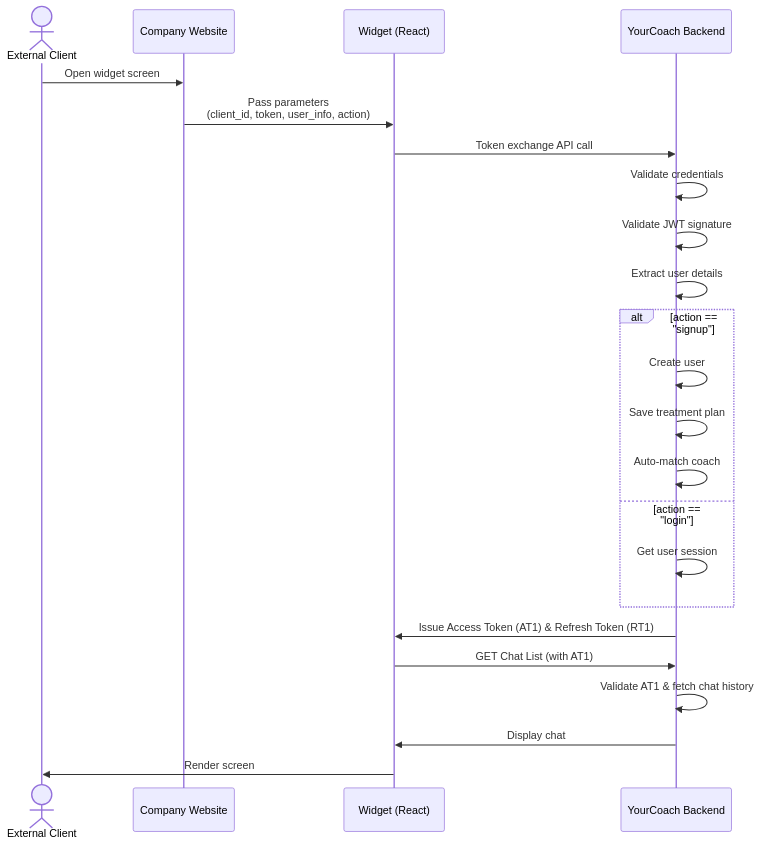
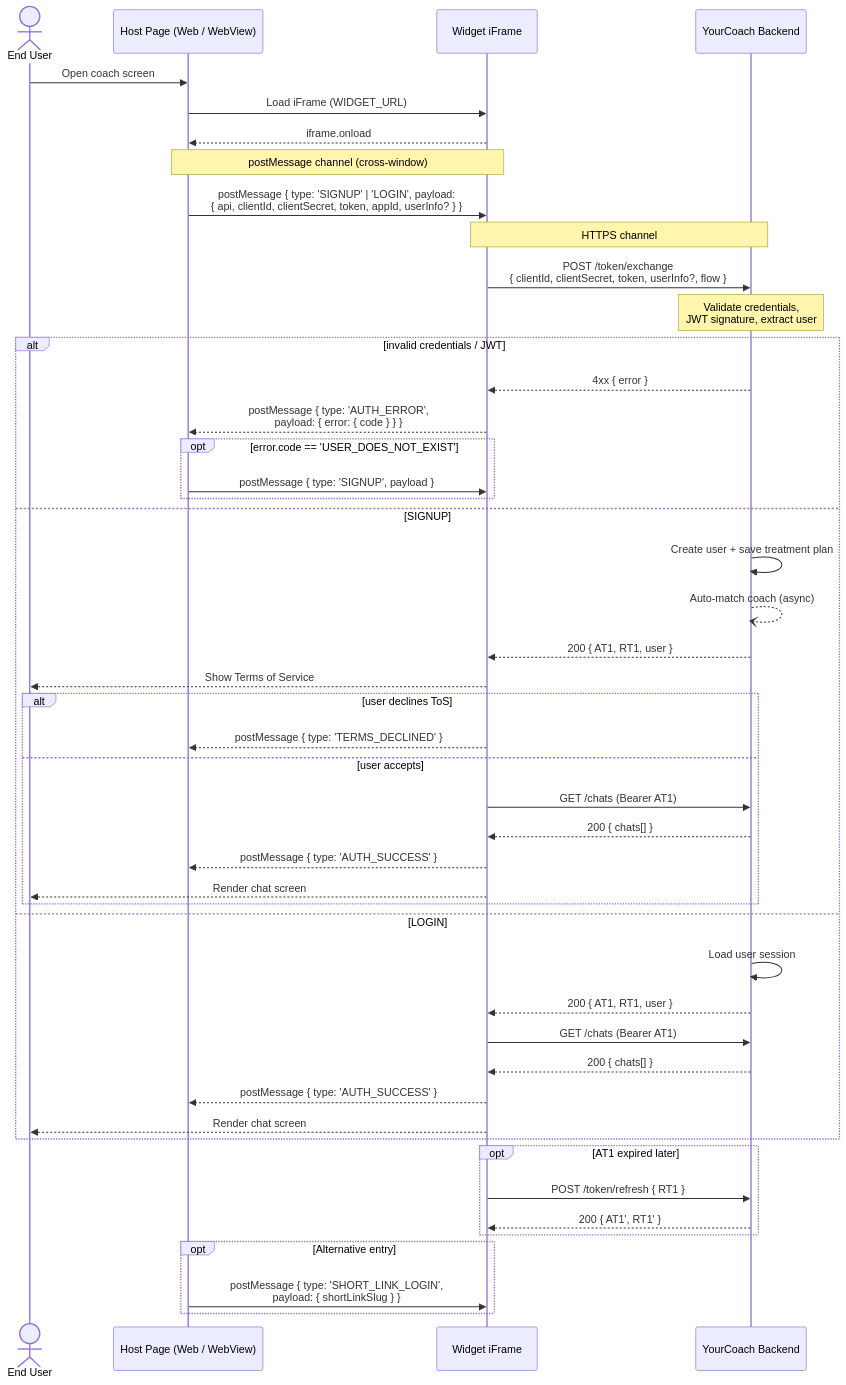
Before and after one commit to yourcoach/docs: the diagram in architecture/sequence-flow.mdx, drawn with Mermaid.

Commit message:
feat: update sequence flow diagram

````diff
--- a/architecture/sequence-flow.mdx
+++ b/architecture/sequence-flow.mdx
@@ -12,29 +12,57 @@
 ```mermaid
 sequenceDiagram
-    actor Client as External Client
-    participant Web as Company Website
-    participant Widget as Widget (React)
+    actor User as End User
+    participant Host as Host Page (Web / WebView)
+    participant Widget as Widget iFrame
     participant Backend as YourCoach Backend
 
-    Client->>Web: Open widget screen
-    Web->>Widget: Pass parameters<br/>(client_id, token, user_info, action)
-    Widget->>Backend: Token exchange API call
+    User->>Host: Open coach screen
+    Host->>Widget: Load iFrame (WIDGET_URL)
+    Widget-->>Host: iframe.onload
 
-    Backend->>Backend: Validate credentials
-    Backend->>Backend: Validate JWT signature
-    Backend->>Backend: Extract user details
+    Note over Host,Widget: postMessage channel (cross-window)
 
-    alt action == "signup"
-        Backend->>Backend: Create user
-        Backend->>Backend: Save treatment plan
-        Backend->>Backend: Auto-match coach
-    else action == "login"
-        Backend->>Backend: Get user session
+    Host->>Widget: postMessage { type: 'SIGNUP' | 'LOGIN', payload:<br/>{ api, clientId, clientSecret, token, appId, userInfo? } }
+
+    Note over Widget,Backend: HTTPS channel
+
+    Widget->>Backend: POST /token/exchange<br/>{ clientId, clientSecret, token, userInfo?, flow }
+    Note over Backend: Validate credentials,<br/>JWT signature, extract user
+
+    alt invalid credentials / JWT
+        Backend-->>Widget: 4xx { error }
+        Widget-->>Host: postMessage { type: 'AUTH_ERROR',<br/>payload: { error: { code } } }
+        opt error.code == 'USER_DOES_NOT_EXIST'
+            Host->>Widget: postMessage { type: 'SIGNUP', payload }
+        end
+    else SIGNUP
+        Backend->>Backend: Create user + save treatment plan
+        Backend--)Backend: Auto-match coach (async)
+        Backend-->>Widget: 200 { AT1, RT1, user }
+        Widget-->>User: Show Terms of Service
+        alt user declines ToS
+            Widget-->>Host: postMessage { type: 'TERMS_DECLINED' }
+        else user accepts
+            Widget->>Backend: GET /chats (Bearer AT1)
+            Backend-->>Widget: 200 { chats[] }
+            Widget-->>Host: postMessage { type: 'AUTH_SUCCESS' }
+            Widget-->>User: Render chat screen
+        end
+    else LOGIN
+        Backend->>Backend: Load user session
+        Backend-->>Widget: 200 { AT1, RT1, user }
+        Widget->>Backend: GET /chats (Bearer AT1)
+        Backend-->>Widget: 200 { chats[] }
+        Widget-->>Host: postMessage { type: 'AUTH_SUCCESS' }
+        Widget-->>User: Render chat screen
     end
 
-    Backend->>Widget: Issue Access Token (AT1) & Refresh Token (RT1)
-    Widget->>Backend: GET Chat List (with AT1)
-    Backend->>Backend: Validate AT1 & fetch chat history
-    Backend->>Widget: Display chat
-    Widget->>Client: Render screen
+    opt AT1 expired later
+        Widget->>Backend: POST /token/refresh { RT1 }
+        Backend-->>Widget: 200 { AT1', RT1' }
+    end
+
+    opt Alternative entry
+        Host->>Widget: postMessage { type: 'SHORT_LINK_LOGIN',<br/>payload: { shortLinkSlug } }
+    end
 ```
````
